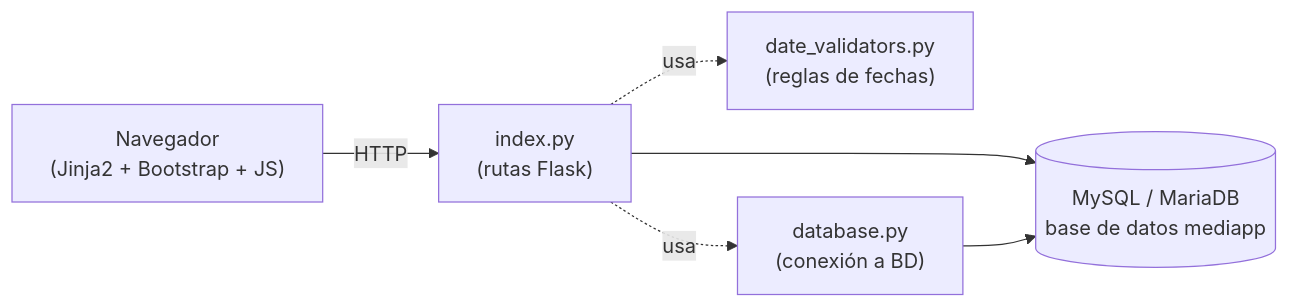
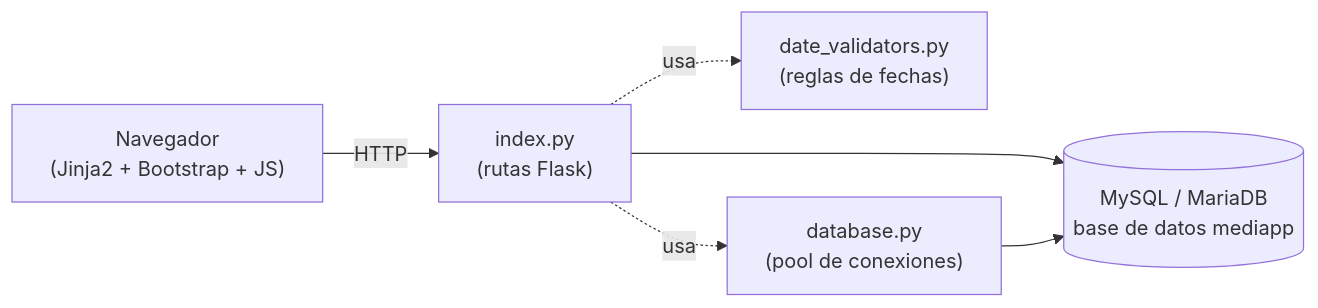
Before and after one commit to Brandonpyjv/Mediapp: the first of 2 diagrams in ARQUITECTURA.md, drawn with Mermaid. The commit also changed other lines of this file and 2 other files, not shown here.

````diff
--- a/ARQUITECTURA.md
+++ b/ARQUITECTURA.md
@@ -36,8 +36,8 @@
 ```mermaid
 flowchart LR
     Browser["Navegador<br/>(Jinja2 + Bootstrap + JS)"] -->|HTTP| Flask["index.py<br/>(rutas Flask)"]
     Flask --> DB[("MySQL / MariaDB<br/>base de datos mediapp")]
     Flask -.usa.-> DV["date_validators.py<br/>(reglas de fechas)"]
-    Flask -.usa.-> Conn["database.py<br/>(conexión a BD)"]
+    Flask -.usa.-> Conn["database.py<br/>(pool de conexiones)"]
     Conn --> DB
 ```
````
